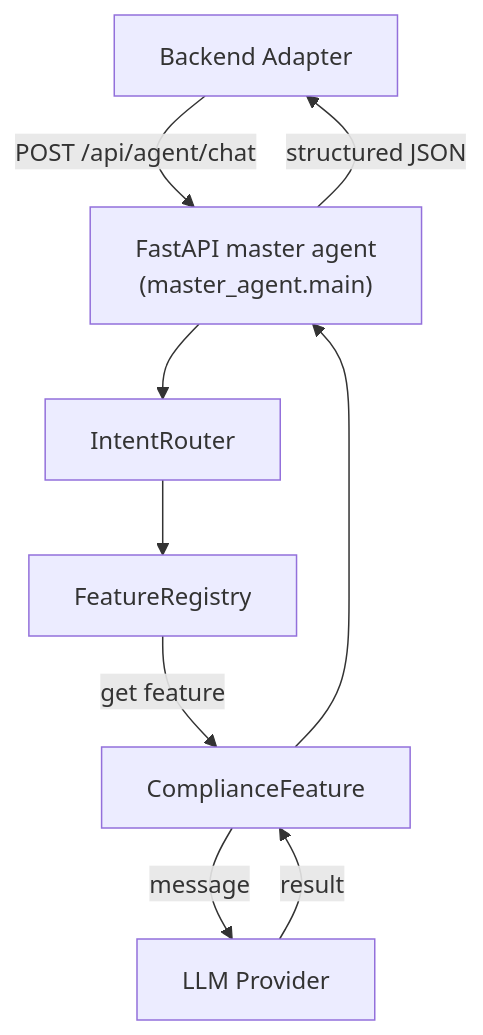
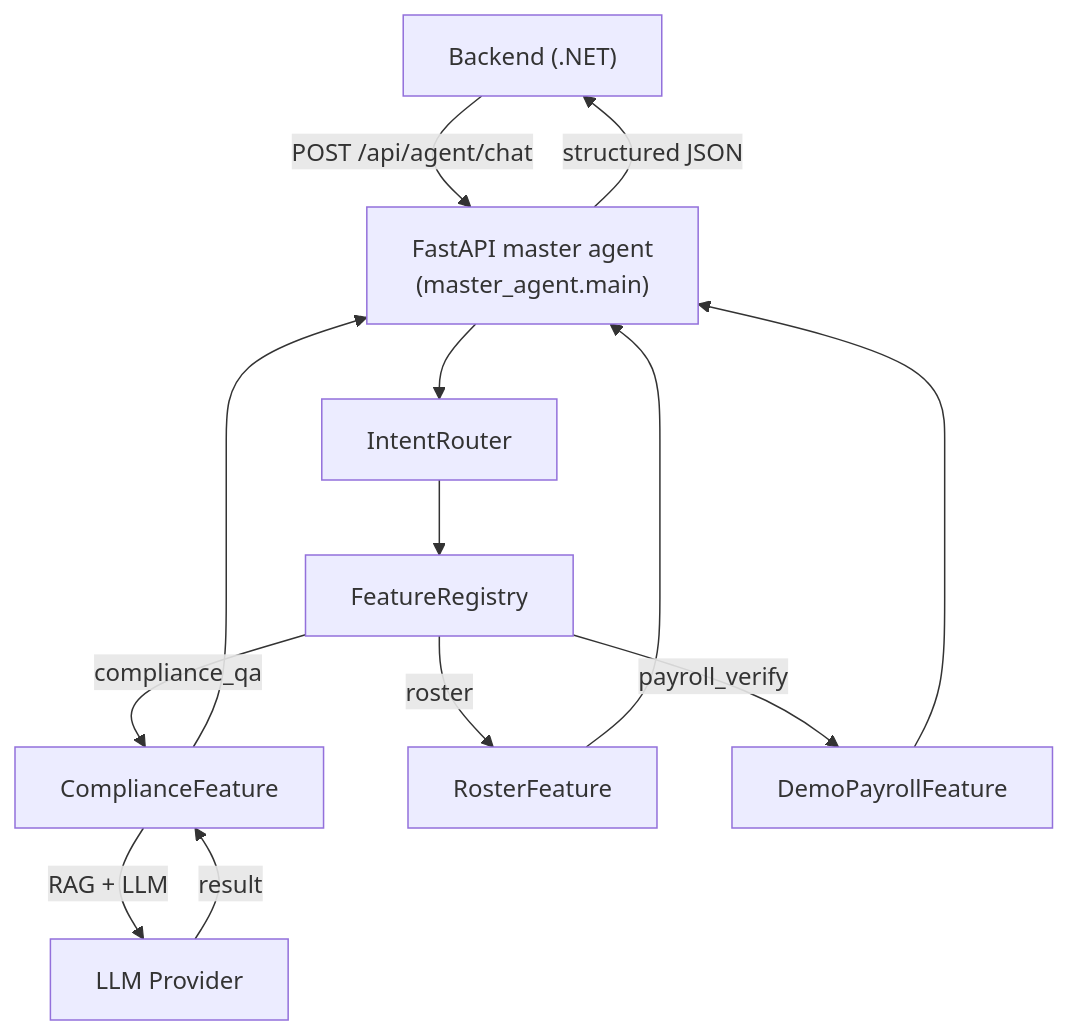
Before and after one commit to FairWorkly/FairWorkly: the diagram in agent-service/README.md, drawn with Mermaid. The commit also changed other lines of this file and 51 other files, not shown here.

````diff
--- a/agent-service/README.md
+++ b/agent-service/README.md
@@ -115,13 +123,19 @@
 ```mermaid
 flowchart TB
-    Client["Backend Adapter"]
+    Client["Backend (.NET)"]
     API["FastAPI master agent\n(master_agent.main)"]
     Router["IntentRouter"]
     Registry["FeatureRegistry"]
     Compliance["ComplianceFeature"]
+    Roster["RosterFeature"]
+    Payroll["DemoPayrollFeature"]
     LLM["LLM Provider"]
 
     Client -->|"POST /api/agent/chat"| API --> Router --> Registry
-    Registry -->|"get feature"| Compliance -->|"message"| LLM
+    Registry -->|"compliance_qa"| Compliance -->|"RAG + LLM"| LLM
+    Registry -->|"roster"| Roster
+    Registry -->|"payroll_verify"| Payroll
     LLM -->|"result"| Compliance --> API -->|"structured JSON"| Client
+    Roster --> API
+    Payroll --> API
 ```
````
